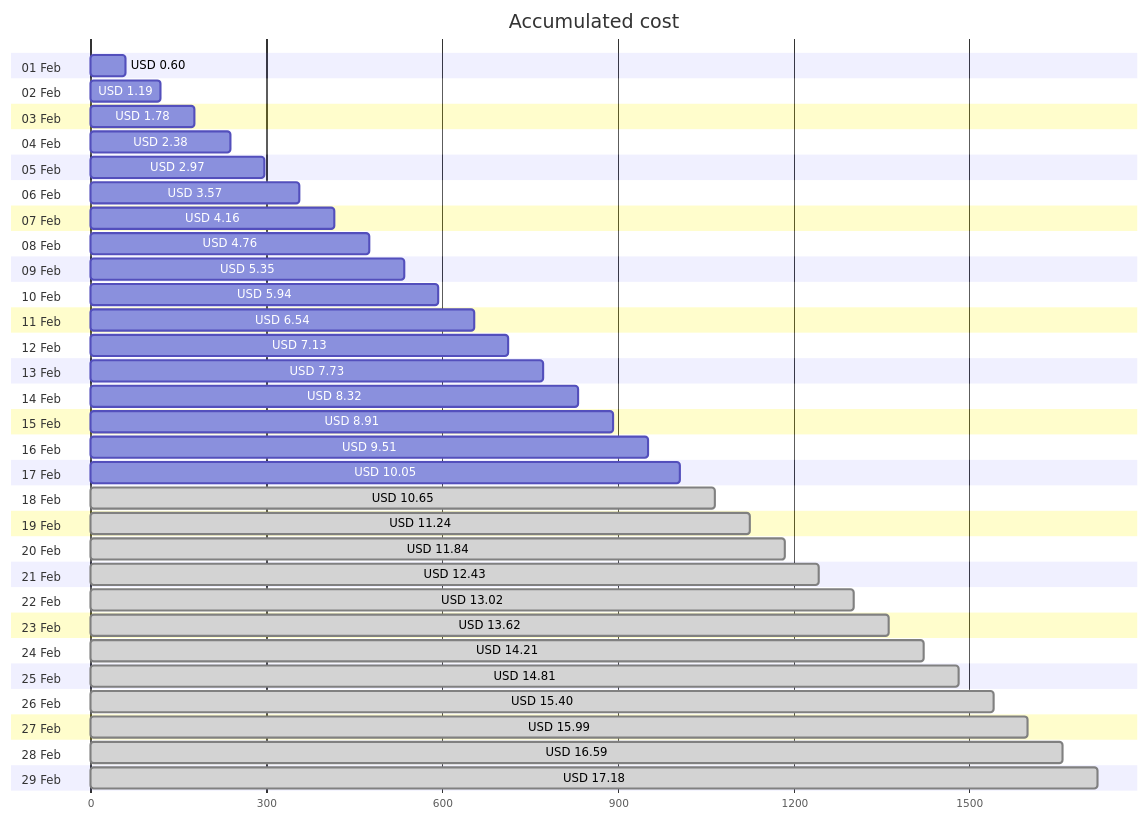
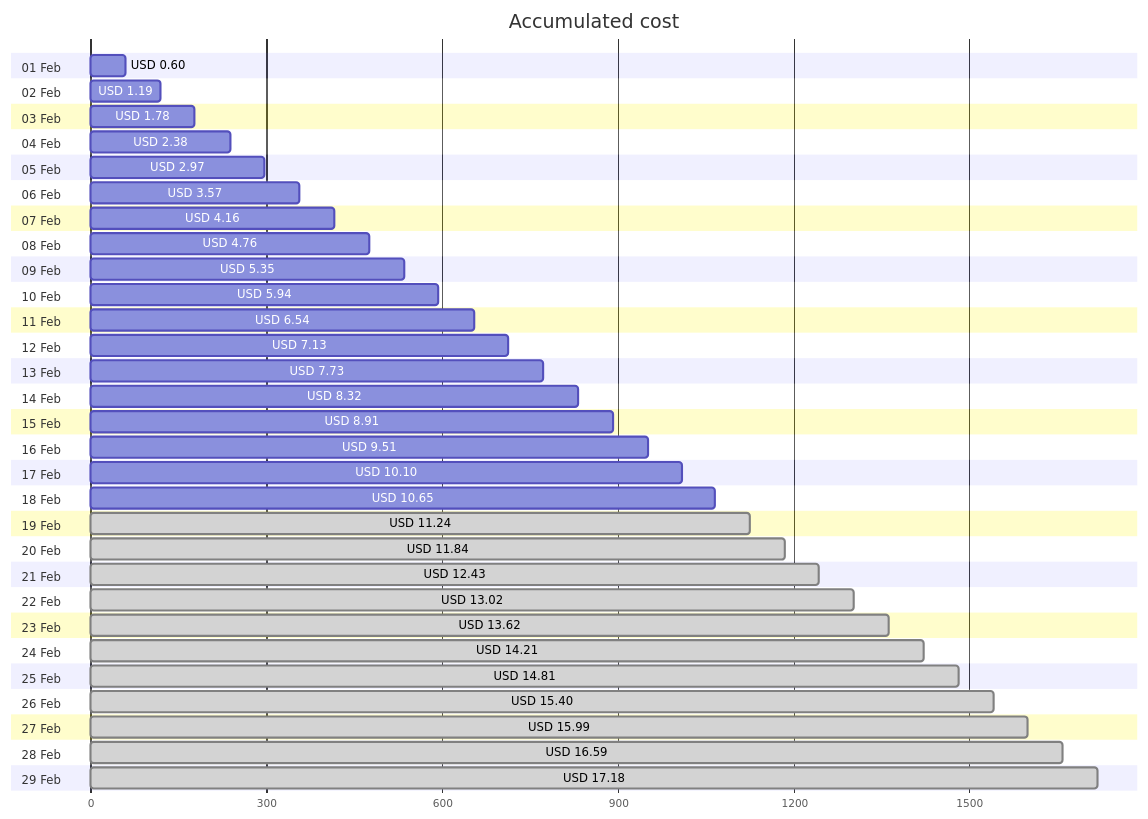
Before and after one commit to jpfulton/azure-personal-reports: the first of 4 diagrams in cost-reports/personal-site/README.md, drawn with Mermaid. The commit also changed other lines of this file and 7 other files, not shown here.

````diff
--- a/cost-reports/personal-site/README.md
+++ b/cost-reports/personal-site/README.md
@@ -20,64 +20,64 @@
 ```mermaid
 gantt
    title Accumulated cost
    dateFormat  X
    axisFormat %s
    section 01 Feb
    USD 0.60 :0, 60
    section 02 Feb
    USD 1.19 :0, 119
    section 03 Feb
    USD 1.78 :0, 178
    section 04 Feb
    USD 2.38 :0, 238
    section 05 Feb
    USD 2.97 :0, 297
    section 06 Feb
    USD 3.57 :0, 357
    section 07 Feb
    USD 4.16 :0, 416
    section 08 Feb
    USD 4.76 :0, 476
    section 09 Feb
    USD 5.35 :0, 535
    section 10 Feb
    USD 5.94 :0, 594
    section 11 Feb
    USD 6.54 :0, 654
    section 12 Feb
    USD 7.13 :0, 713
    section 13 Feb
    USD 7.73 :0, 773
    section 14 Feb
    USD 8.32 :0, 832
    section 15 Feb
    USD 8.91 :0, 891
    section 16 Feb
    USD 9.51 :0, 951
    section 17 Feb
-   USD 10.05 :0, 1005
+   USD 10.10 :0, 1010
    section 18 Feb
-   USD 10.65 : done, 0, 1065
+   USD 10.65 :0, 1065
    section 19 Feb
    USD 11.24 : done, 0, 1124
    section 20 Feb
    USD 11.84 : done, 0, 1184
    section 21 Feb
    USD 12.43 : done, 0, 1243
    section 22 Feb
    USD 13.02 : done, 0, 1302
    section 23 Feb
    USD 13.62 : done, 0, 1362
    section 24 Feb
    USD 14.21 : done, 0, 1421
    section 25 Feb
    USD 14.81 : done, 0, 1481
    section 26 Feb
    USD 15.40 : done, 0, 1540
    section 27 Feb
    USD 15.99 : done, 0, 1599
    section 28 Feb
    USD 16.59 : done, 0, 1659
    section 29 Feb
    USD 17.18 : done, 0, 1718
 ```
````
